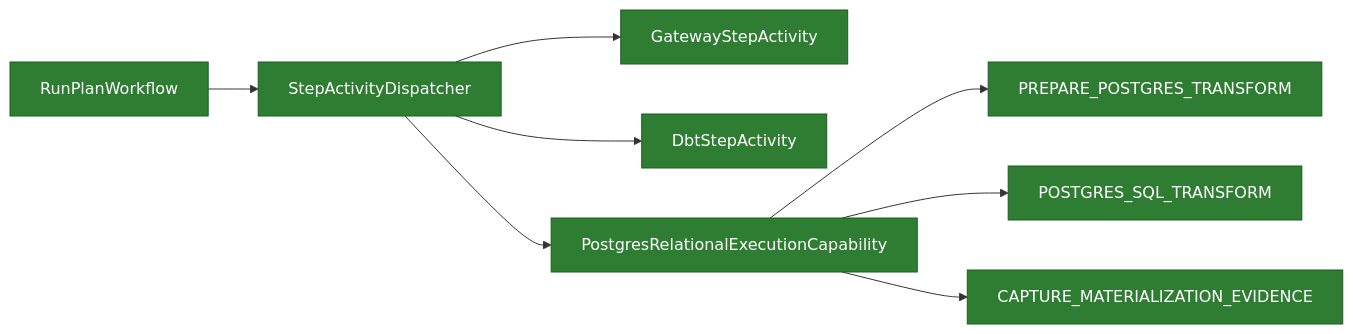
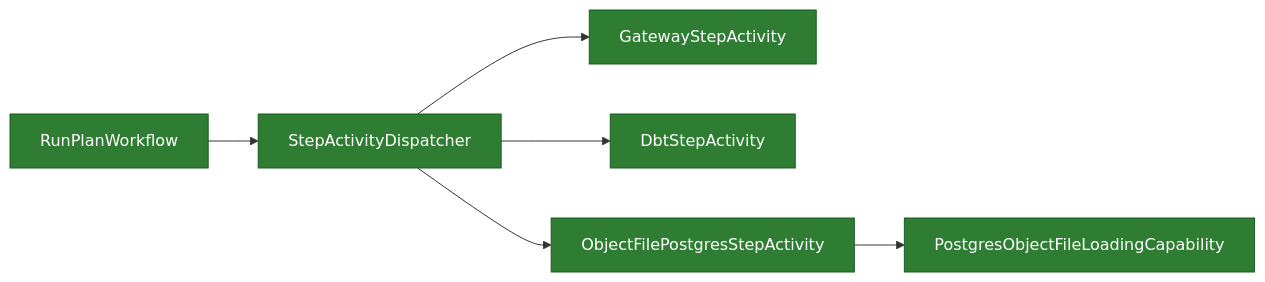
Before and after one commit to dunay2/dvt: the second of 2 diagrams in docs/architecture/diagrams/engine-internal-components.md, drawn with Mermaid. The commit also changed 129 other files, not shown here.

Commit message:
refactor(contracts): Remove the SQL-first runtime step family (#2860)

````diff
--- a/docs/architecture/diagrams/engine-internal-components.md
+++ b/docs/architecture/diagrams/engine-internal-components.md
@@ -240,12 +240,10 @@
 ```mermaid
 flowchart LR
   classDef impl fill:#2E7D32,color:#fff,stroke:#1B5E20
 
   WF["RunPlanWorkflow"]:::impl --> DISP["StepActivityDispatcher"]:::impl
   DISP --> GATE["GatewayStepActivity"]:::impl
   DISP --> DBT["DbtStepActivity"]:::impl
-  DISP --> PG["PostgresRelationalExecutionCapability"]:::impl
-  PG --> P1["PREPARE_POSTGRES_TRANSFORM"]:::impl
-  PG --> P2["POSTGRES_SQL_TRANSFORM"]:::impl
-  PG --> P3["CAPTURE_MATERIALIZATION_EVIDENCE"]:::impl
+  DISP --> OBJ["ObjectFilePostgresStepActivity"]:::impl
+  OBJ --> LOAD["PostgresObjectFileLoadingCapability"]:::impl
 ```
````
